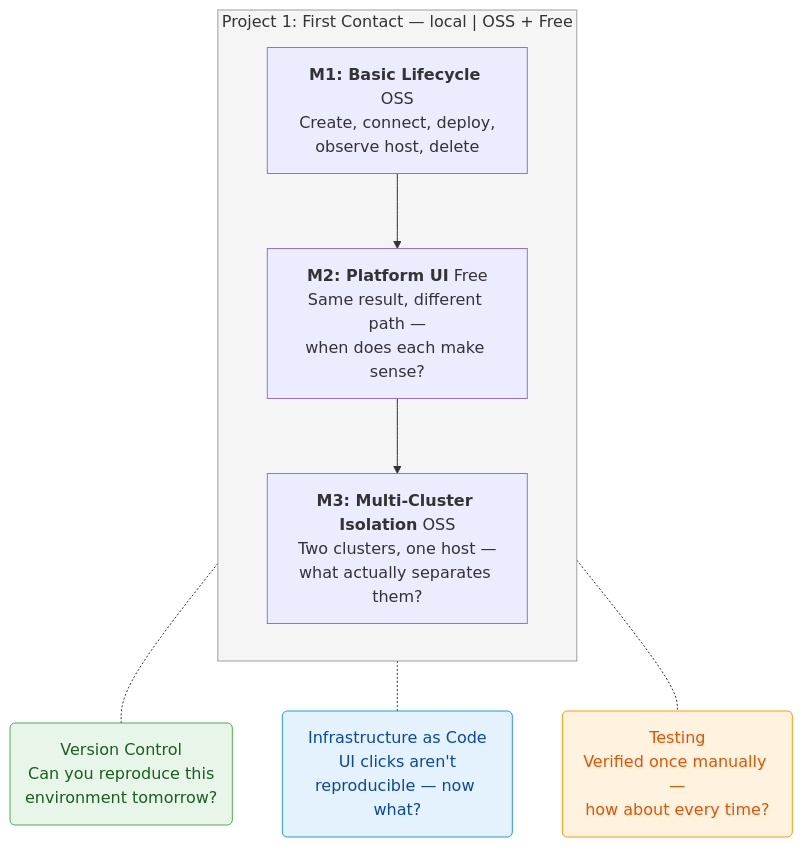
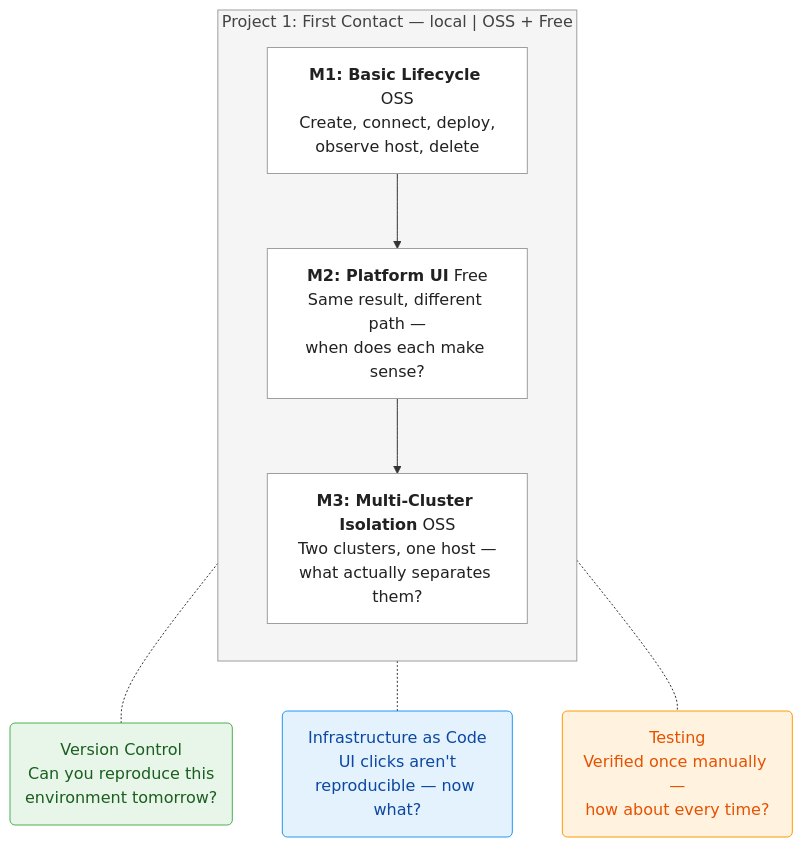
Before and after one commit to andrew-brooks-GA/vcluster_learning: the third of 7 diagrams in roadmap.md, drawn with Mermaid. The commit also changed other lines of this file and 1 other file, not shown here.

Commit message:
Add README and fix Mermaid diagram text readability

````diff
--- a/roadmap.md
+++ b/roadmap.md
@@ -75,25 +97,29 @@
 ```mermaid
 flowchart TD
     subgraph p1["Project 1: First Contact — local | OSS + Free"]
         direction TB
 
         M1["<b>M1: Basic Lifecycle</b> OSS\nCreate, connect, deploy,\nobserve host, delete"]
         M2["<b>M2: Platform UI</b> Free\nSame result, different path —\nwhen does each make sense?"]
         M3["<b>M3: Multi-Cluster Isolation</b> OSS\nTwo clusters, one host —\nwhat actually separates them?"]
 
         M1 --> M2 --> M3
     end
 
     VC1("Version Control\nCan you reproduce this\nenvironment tomorrow?"):::vc
     IAC1("Infrastructure as Code\nUI clicks aren't\nreproducible — now what?"):::iac
     T1("Testing\nVerified once manually —\nhow about every time?"):::test
 
     M1 -.- VC1
     M2 -.- IAC1
     M3 -.- T1
 
+    classDef ms fill:#ffffff,stroke:#9e9e9e,color:#212121
     classDef vc fill:#e8f5e9,stroke:#4caf50,color:#1b5e20
     classDef iac fill:#e3f2fd,stroke:#2196f3,color:#0d47a1
     classDef test fill:#fff3e0,stroke:#ff9800,color:#e65100
-    style p1 fill:#f5f5f5,stroke:#9e9e9e
+    M1:::ms
+    M2:::ms
+    M3:::ms
+    style p1 fill:#f5f5f5,stroke:#9e9e9e,color:#424242
 ```
````
